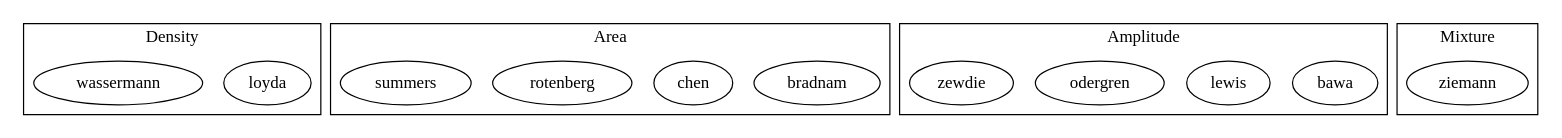
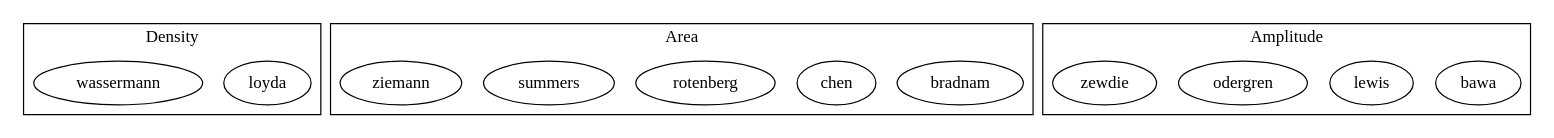
Before and after one commit to agricolab/tool-dimep: the diagram in docs/source/classes.dot, drawn with Graphviz. The commit also changed 7 other files, not shown here.

```diff
--- a/docs/source/classes.dot
+++ b/docs/source/classes.dot
@@ -1,33 +1,31 @@
    digraph G{
         
     compound=true;
     # rankdir = LR;
 
 
     subgraph cluster0 {
       label = "Density"
       loyda
       wassermann
       }
 
     subgraph cluster1{
      label = "Area"
      bradnam
      chen
      rotenberg
      summers     
+     ziemann
     }
     
     subgraph cluster2{
      label= "Amplitude"
      bawa
      lewis
      odergren
      zewdie
     }
     
-    subgraph cluster3{
-      label="Mixture"
-      ziemann
-    }
+    
    }
```
